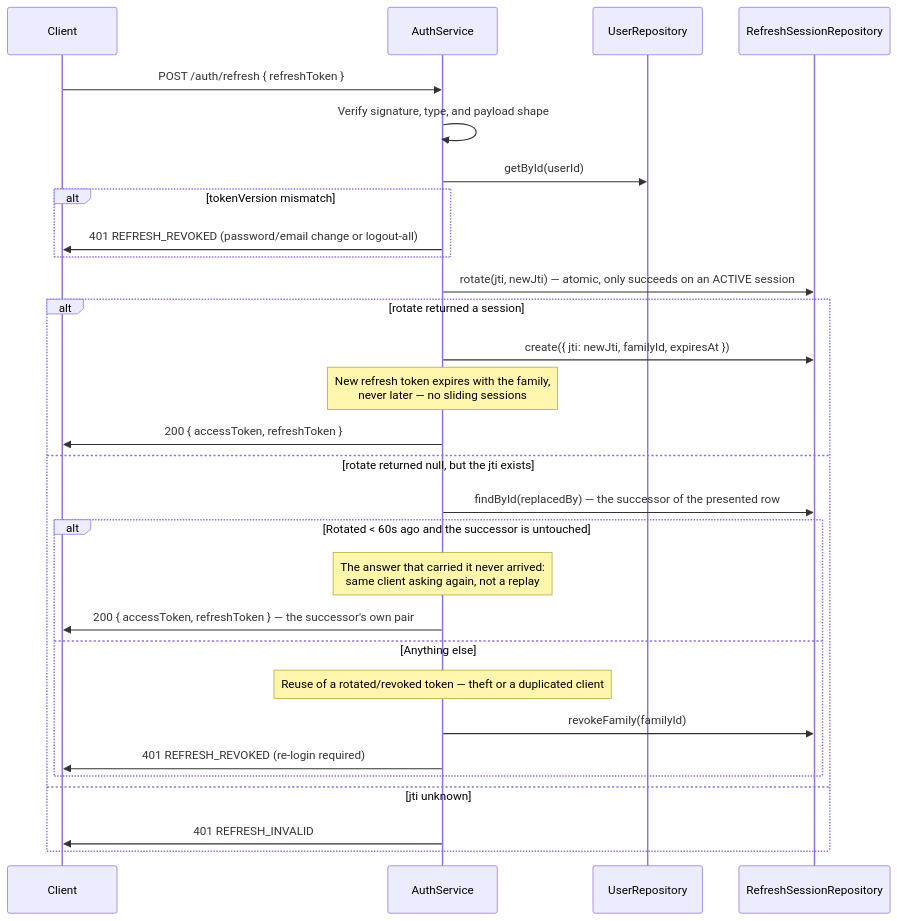
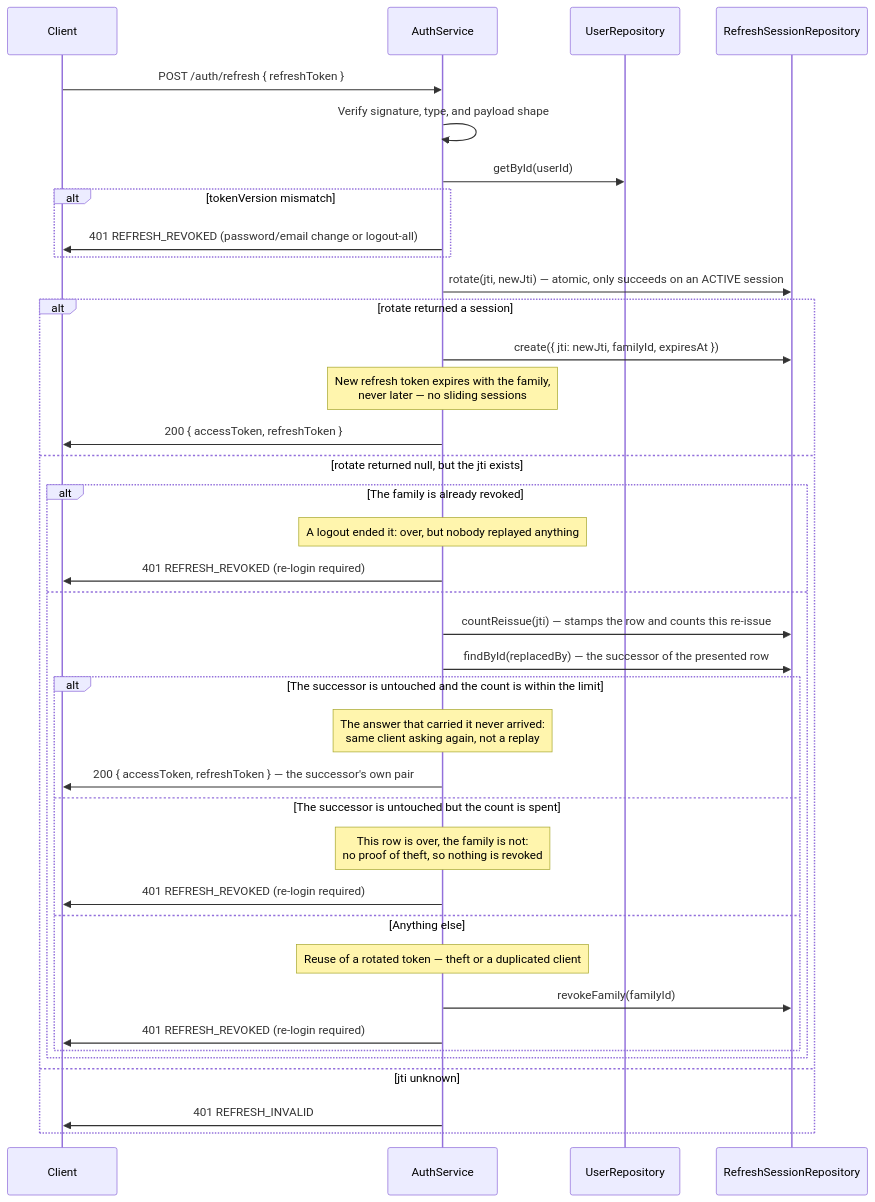
The second of 2 diagrams in docs/modules/auth.md (alex16jpv/lag-money-manager), drawn with Mermaid before and after one commit. The commit also changed other lines of this file and 10 other files, not shown here.

````diff
--- a/docs/modules/auth.md
+++ b/docs/modules/auth.md
@@ -199,32 +238,41 @@
 ```mermaid
 sequenceDiagram
     participant C as Client
     participant SVC as AuthService
     participant REPO as UserRepository
     participant SESS as RefreshSessionRepository
 
     C->>SVC: POST /auth/refresh { refreshToken }
     SVC->>SVC: Verify signature, type, and payload shape
     SVC->>REPO: getById(userId)
     alt tokenVersion mismatch
         SVC->>C: 401 REFRESH_REVOKED (password/email change or logout-all)
     end
     SVC->>SESS: rotate(jti, newJti) — atomic, only succeeds on an ACTIVE session
     alt rotate returned a session
         SVC->>SESS: create({ jti: newJti, familyId, expiresAt })
         Note over SVC: New refresh token expires with the family,<br/>never later — no sliding sessions
         SVC->>C: 200 { accessToken, refreshToken }
     else rotate returned null, but the jti exists
-        SVC->>SESS: findById(replacedBy) — the successor of the presented row
-        alt Rotated < 60s ago and the successor is untouched
-            Note over SVC: The answer that carried it never arrived:<br/>same client asking again, not a replay
-            SVC->>C: 200 { accessToken, refreshToken } — the successor's own pair
-        else Anything else
-            Note over SVC: Reuse of a rotated/revoked token — theft or a duplicated client
-            SVC->>SESS: revokeFamily(familyId)
+        alt The family is already revoked
+            Note over SVC: A logout ended it: over, but nobody replayed anything
             SVC->>C: 401 REFRESH_REVOKED (re-login required)
+        else
+            SVC->>SESS: countReissue(jti) — stamps the row and counts this re-issue
+            SVC->>SESS: findById(replacedBy) — the successor of the presented row
+            alt The successor is untouched and the count is within the limit
+                Note over SVC: The answer that carried it never arrived:<br/>same client asking again, not a replay
+                SVC->>C: 200 { accessToken, refreshToken } — the successor's own pair
+            else The successor is untouched but the count is spent
+                Note over SVC: This row is over, the family is not:<br/>no proof of theft, so nothing is revoked
+                SVC->>C: 401 REFRESH_REVOKED (re-login required)
+            else Anything else
+                Note over SVC: Reuse of a rotated token — theft or a duplicated client
+                SVC->>SESS: revokeFamily(familyId)
+                SVC->>C: 401 REFRESH_REVOKED (re-login required)
+            end
         end
     else jti unknown
         SVC->>C: 401 REFRESH_INVALID
     end
 ```
````
